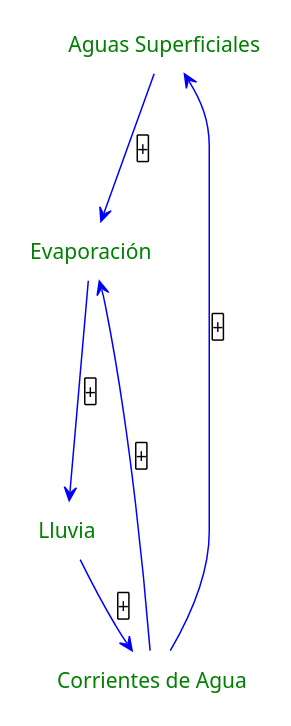
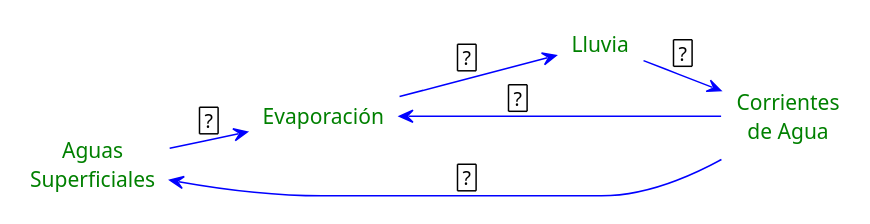
The first of 2 diagrams in src/site/notes/050 Base de Conocimientos/200  Mi Zettelkasten/100 Docencia/Org1/2025/Clase 04/Zk Diagrama de Bucle Causal (Ejemplo del Ciclo de Vida del Agua).md (egrpy/egr-zettel-lectures), drawn with PlantUML before and after one commit. The commit also changed other lines of this file and 8 other files, not shown here.

````diff
--- a/src/site/notes/050 Base de Conocimientos/200  Mi Zettelkasten/100 Docencia/Org1/2025/Clase 04/Zk Diagrama de Bucle Causal (Ejemplo del Ciclo de Vida del Agua).md
+++ b/src/site/notes/050 Base de Conocimientos/200  Mi Zettelkasten/100 Docencia/Org1/2025/Clase 04/Zk Diagrama de Bucle Causal (Ejemplo del Ciclo de Vida del Agua).md
@@ -35,24 +26,25 @@
 ```plantuml
 @startuml
 !pragma layout smetana
+left to right direction
 skinparam Rectangle {
     BackgroundColor White
     BorderColor White
     FontColor green
 }
 
 skinparam defaultTextAlignment center
 skinparam ArrowColor blue
 
-rectangle "Aguas Superficiales" as AS
+rectangle "Aguas\nSuperficiales" as AS
 rectangle "Evaporación" as EV
 rectangle "Lluvia" as LL
-rectangle "Corrientes de Agua" as CA
+rectangle "Corrientes\nde Agua" as CA
 
-AS ---> EV : |+|
-CA ---> EV : |+|
-EV ---> LL : |+|
-LL --> CA  : |+|
-CA --> AS  : |+|
+AS --> EV : | ? |
+CA --> EV : | ? |
+EV ---> LL : | ? |
+LL --> CA  : | ? |
+CA --> AS  : | ? |
 @enduml
 ```
````
